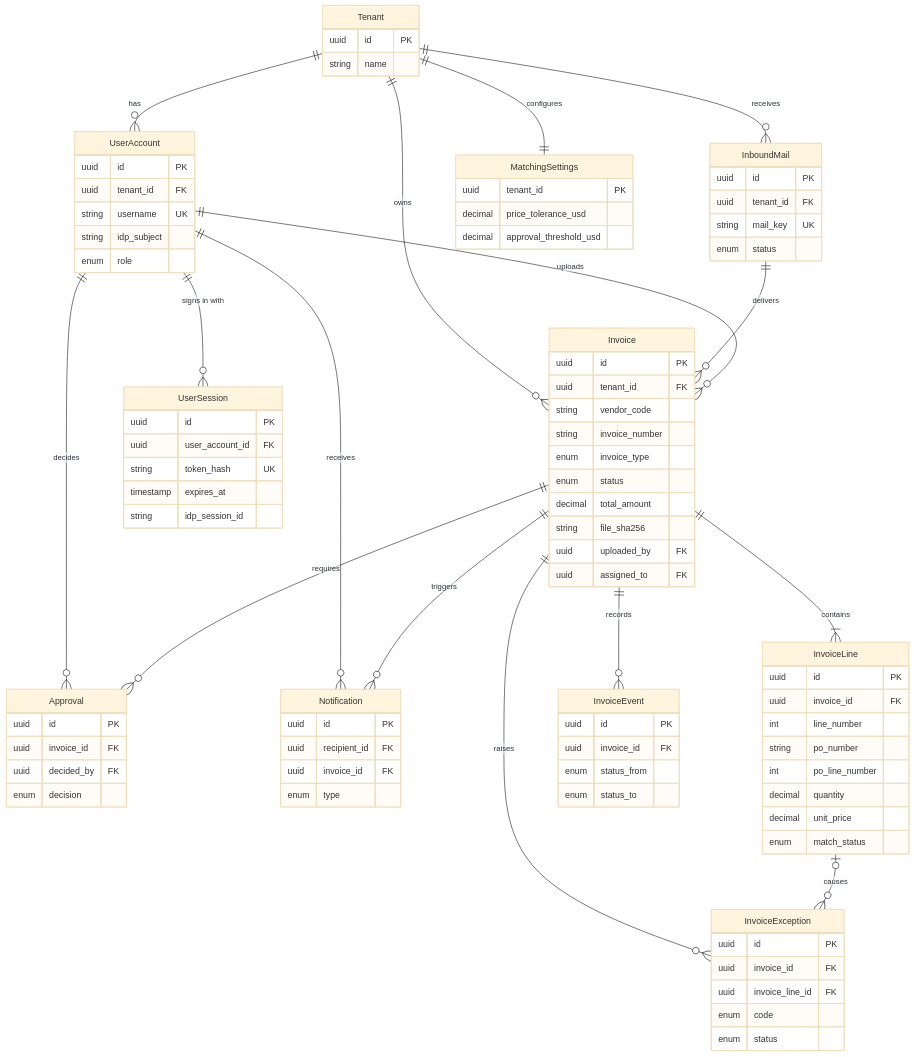
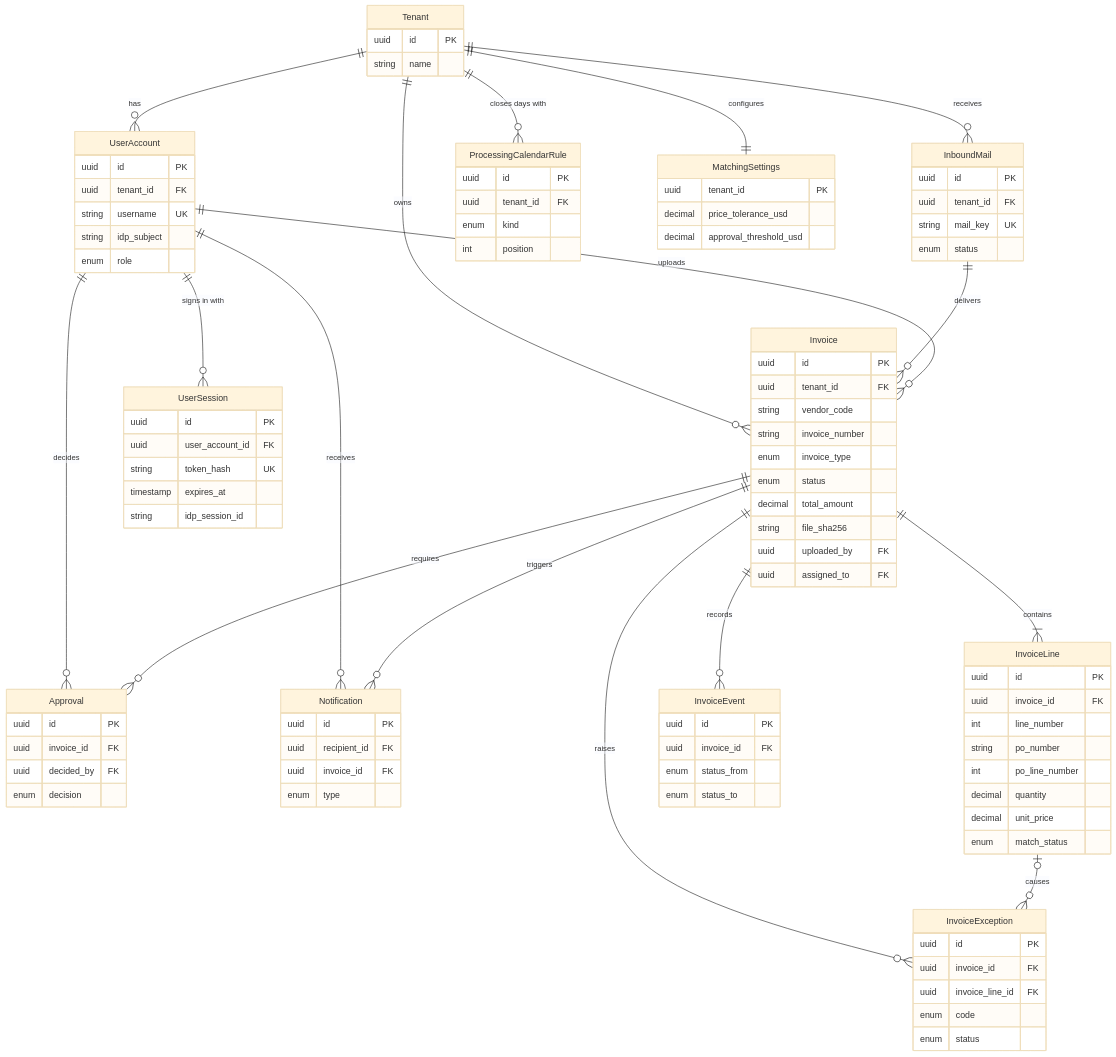
Before and after one commit to jiri-nguyen/SAPS: the first of 2 diagrams in docs/02-architecture/data-model.md, drawn with Mermaid (base theme). The commit also changed other lines of this file and 6 other files, not shown here.

Commit message:
docs: processing calendar in the data model, glossary, developer guide and arc42 [SAPS-52]

```diff
--- a/docs/02-architecture/data-model.md
+++ b/docs/02-architecture/data-model.md
@@ -34,6 +34,7 @@
     Tenant ||--o{ Invoice : "owns"
     Tenant ||--o{ InboundMail : "receives"
     InboundMail ||--o{ Invoice : "delivers"
+    Tenant ||--o{ ProcessingCalendarRule : "closes days with"
     Tenant ||--|| MatchingSettings : "configures"
     UserAccount ||--o{ UserSession : "signs in with"
     UserAccount ||--o{ Invoice : "uploads"
@@ -56,6 +57,12 @@
         string username UK
         string idp_subject
         enum role
+    }
+    ProcessingCalendarRule {
+        uuid id PK
+        uuid tenant_id FK
+        enum kind
+        int position
     }
     InboundMail {
         uuid id PK
```
